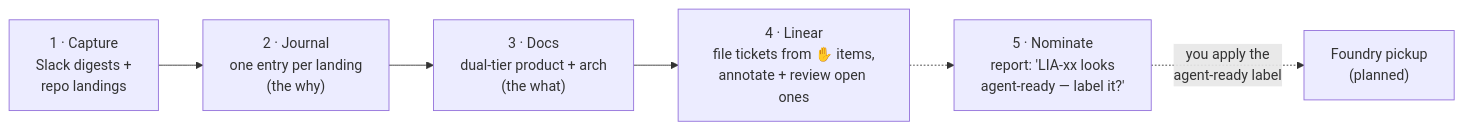
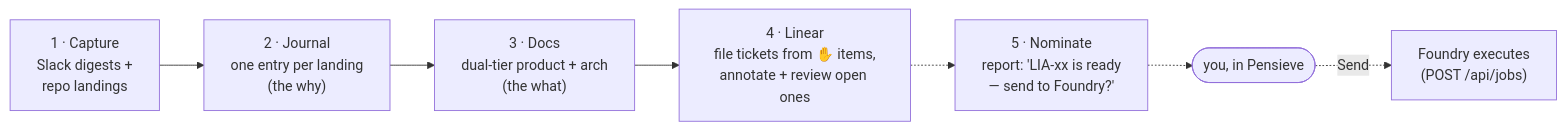
The first of 4 diagrams in apps/argus/README.md (d0nwong/citadel), drawn with Mermaid before and after one commit. The commit also changed other lines of this file and 6 other files, not shown here.

````diff
--- a/apps/argus/README.md
+++ b/apps/argus/README.md
@@ -37,12 +36,15 @@
 ```mermaid
 flowchart LR
     capture["1 · Capture<br/>Slack digests +<br/>repo landings"]
     journal["2 · Journal<br/>one entry per landing<br/>(the why)"]
     docs["3 · Docs<br/>dual-tier product + arch<br/>(the what)"]
     tickets["4 · Linear<br/>file tickets from ✋ items,<br/>annotate + review open ones"]
-    nominate["5 · Nominate<br/>report: 'LIA-xx looks<br/>agent-ready — label it?'"]
-    pickup["Foundry pickup<br/>(planned)"]
+    nominate["5 · Nominate<br/>report: 'LIA-xx is ready<br/>— send to Foundry?'"]
+    decide(["you, in Pensieve"])
+    foundry["Foundry executes<br/>(POST /api/jobs)"]
 
     capture --> journal --> docs --> tickets
-    tickets -.-> nominate -. "you apply the<br/>agent-ready label" .-> pickup
+    tickets -.-> nominate
+    nominate -.-> decide
+    decide -. "Send" .-> foundry
 ```
````
